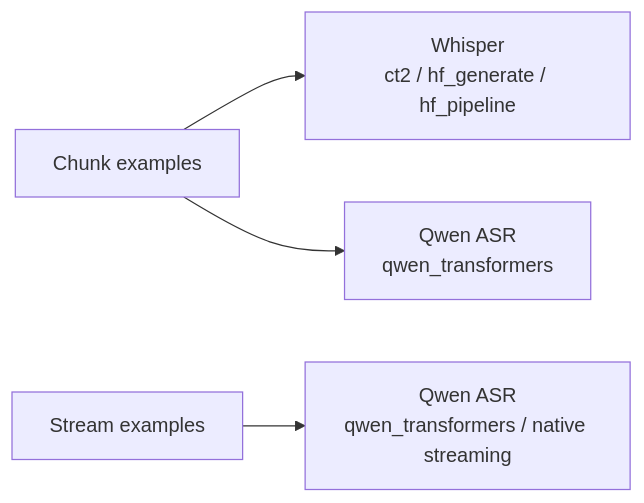
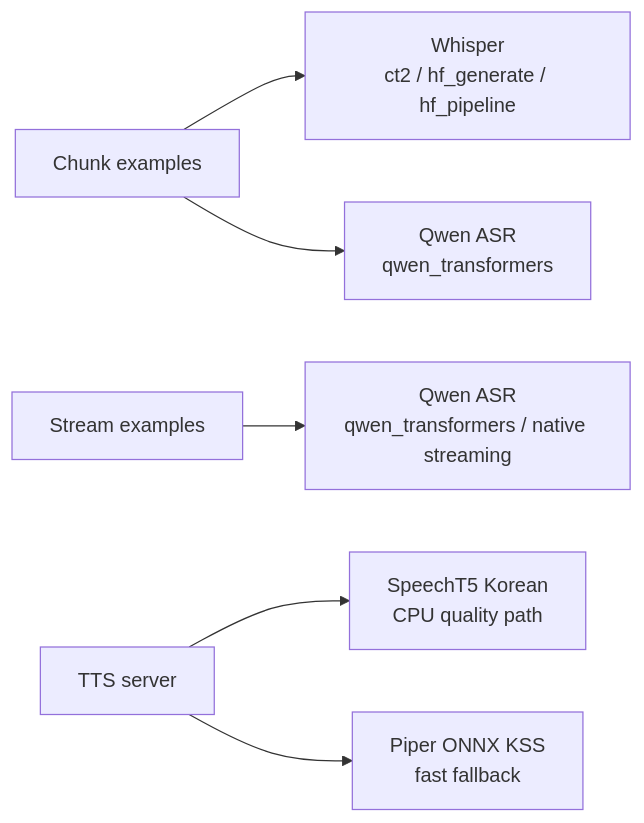
The sixth of 7 diagrams in _forAI/architecture.md (gbox3d/visionFlow), drawn with Mermaid before and after one commit. The commit also changed other lines of this file and 32 other files, not shown here.

````diff
--- a/_forAI/architecture.md
+++ b/_forAI/architecture.md
@@ -99,7 +128,9 @@
 ```mermaid
 flowchart LR
     ChunkModels["Chunk examples"] --> Whisper["Whisper<br/>ct2 / hf_generate / hf_pipeline"]
     ChunkModels --> QwenChunk["Qwen ASR<br/>qwen_transformers"]
 
     StreamModels["Stream examples"] --> QwenStream["Qwen ASR<br/>qwen_transformers / native streaming"]
+    TtsModels["TTS server"] --> SpeechT5Ko["SpeechT5 Korean<br/>CPU quality path"]
+    TtsModels --> PiperKo["Piper ONNX KSS<br/>fast fallback"]
 ```
````
